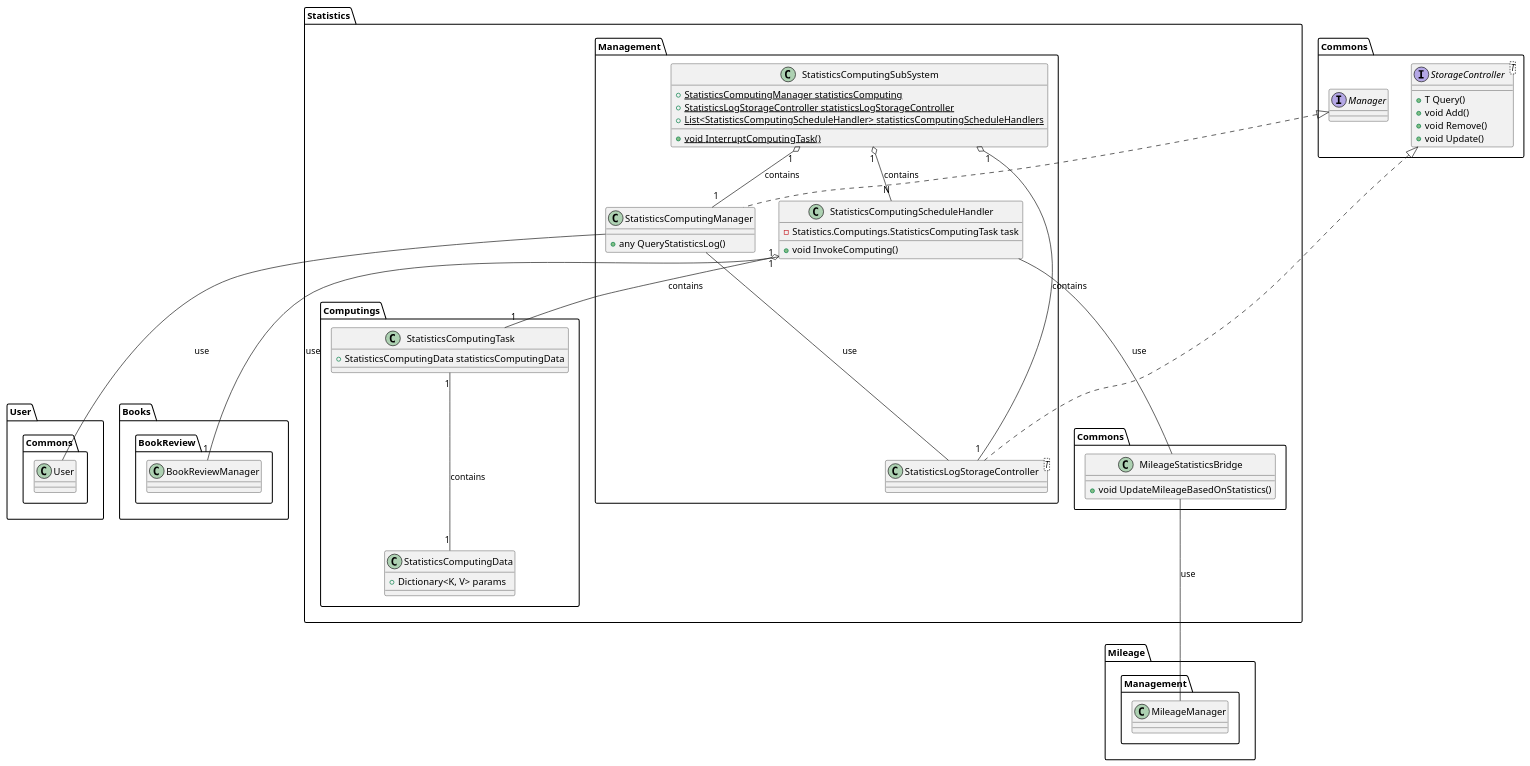
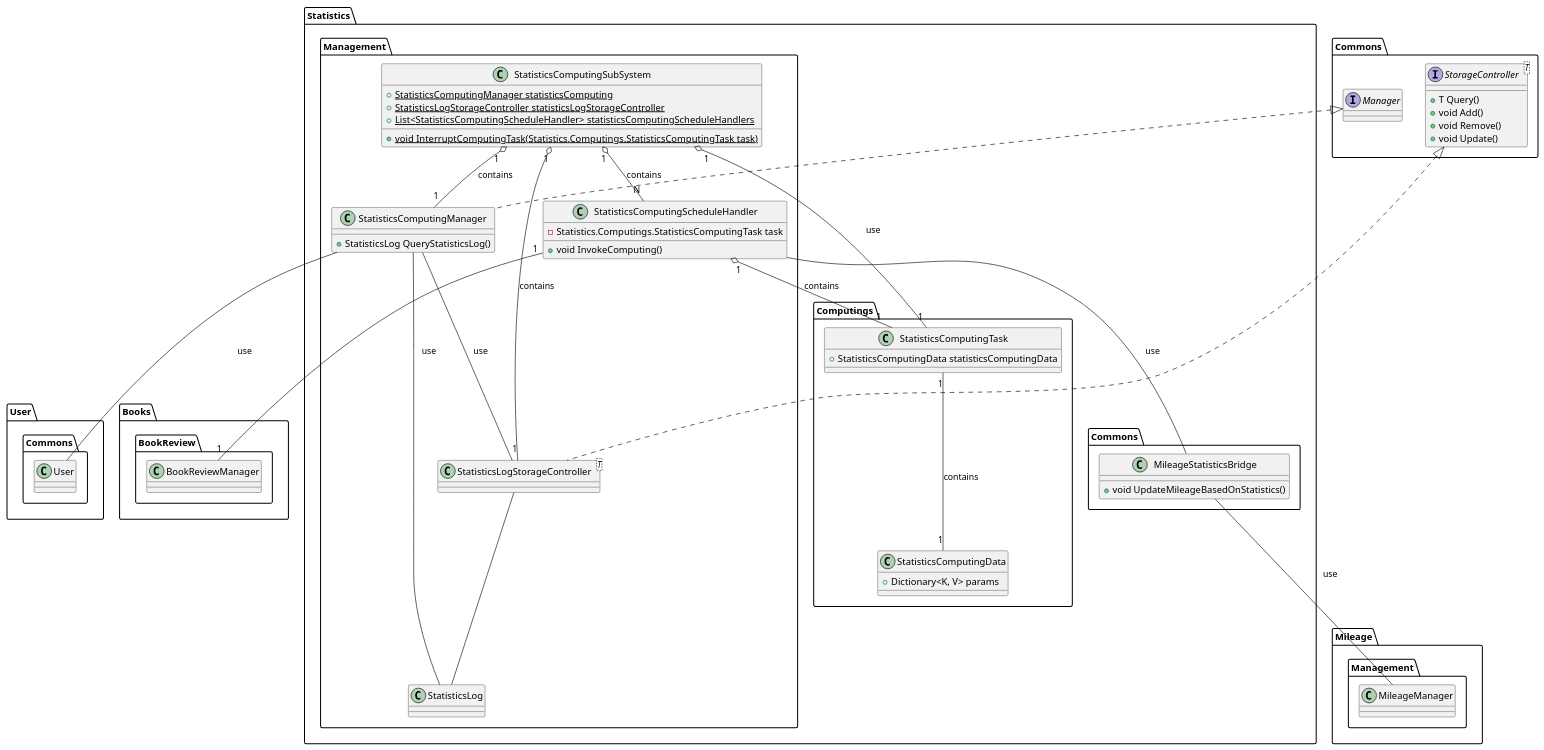
The diagram in src/packages/Statistics.puml (ShapeLayer/se-lecture-task__project-structure-definitions), drawn with PlantUML before and after one commit. The commit also changed 9 other files, not shown here.

```diff
--- a/src/packages/Statistics.puml
+++ b/src/packages/Statistics.puml
@@ -1,78 +1,82 @@
 @startuml
 package Commons {
     Interface Manager
     Interface StorageController<T> {
         + T Query()
         + void Add()
         + void Remove()
         + void Update()
     }
 }
 
 
 package User.Commons {
     class User
 }
 package Books.BookReview {
     class BookReviewManager
 }
 package Mileage.Management {
     class MileageManager
 }
 
 
 package Statistics.Commons {
     ' MileageChangeBridge
     class MileageStatisticsBridge {
         + void UpdateMileageBasedOnStatistics()
     }
     MileageStatisticsBridge --- Mileage.Management.MileageManager : use
 }
 
 package Statistics.Computings {
     ' Statistics
     class StatisticsComputingData {
         + Dictionary<K, V> params
     }
 
     class StatisticsComputingTask {
         + StatisticsComputingData statisticsComputingData
     }
 
     StatisticsComputingTask "1" --- "1" StatisticsComputingData : contains
 
 }
 
 package Statistics.Management {
 
     class StatisticsComputingManager implements Commons.Manager {
-        + any QueryStatisticsLog()
+        + StatisticsLog QueryStatisticsLog()
     }
     StatisticsComputingManager --- Statistics.Management.StatisticsLogStorageController : use
     StatisticsComputingManager --- User.Commons.User : use
-    ' Todo: StatisticsLog
+    StatisticsComputingManager --- StatisticsLog
+
+    class StatisticsLog
 
     class StatisticsLogStorageController<T> implements Commons.StorageController {}
+    StatisticsLogStorageController --- StatisticsLog
 
     class StatisticsComputingScheduleHandler {
         - Statistics.Computings.StatisticsComputingTask task
         + void InvokeComputing()
     }
 
     StatisticsComputingScheduleHandler "1" --- "1" Books.BookReview.BookReviewManager : use
     StatisticsComputingScheduleHandler "1" o-- "1" Statistics.Computings.StatisticsComputingTask : contains
     StatisticsComputingScheduleHandler --- Statistics.Commons.MileageStatisticsBridge : use
 
     ' StatisticsComputing SubSystem
     class StatisticsComputingSubSystem {
         + {static} StatisticsComputingManager statisticsComputing
         + {static} StatisticsLogStorageController statisticsLogStorageController
         + {static} List<StatisticsComputingScheduleHandler> statisticsComputingScheduleHandlers
-        + {static} void InterruptComputingTask()
+        + {static} void InterruptComputingTask(Statistics.Computings.StatisticsComputingTask task)
     }
 
     StatisticsComputingSubSystem "1" o-- "1" StatisticsComputingManager : contains
     StatisticsComputingSubSystem "1" o-- "1" StatisticsLogStorageController : contains
     StatisticsComputingSubSystem "1" o-- "N" StatisticsComputingScheduleHandler : contains
+    StatisticsComputingSubSystem "1" o-- "1" Statistics.Computings.StatisticsComputingTask : use
 }
 @enduml
```
